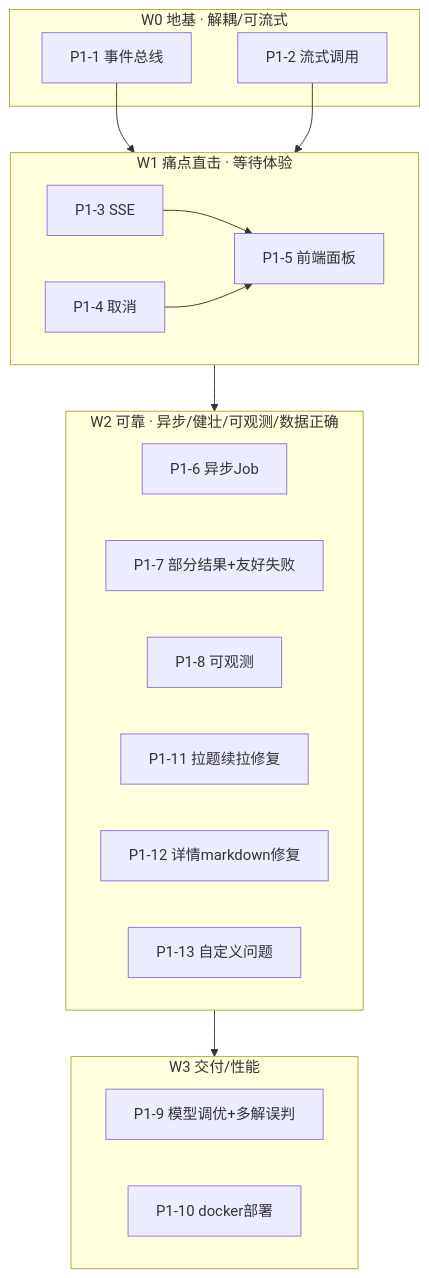
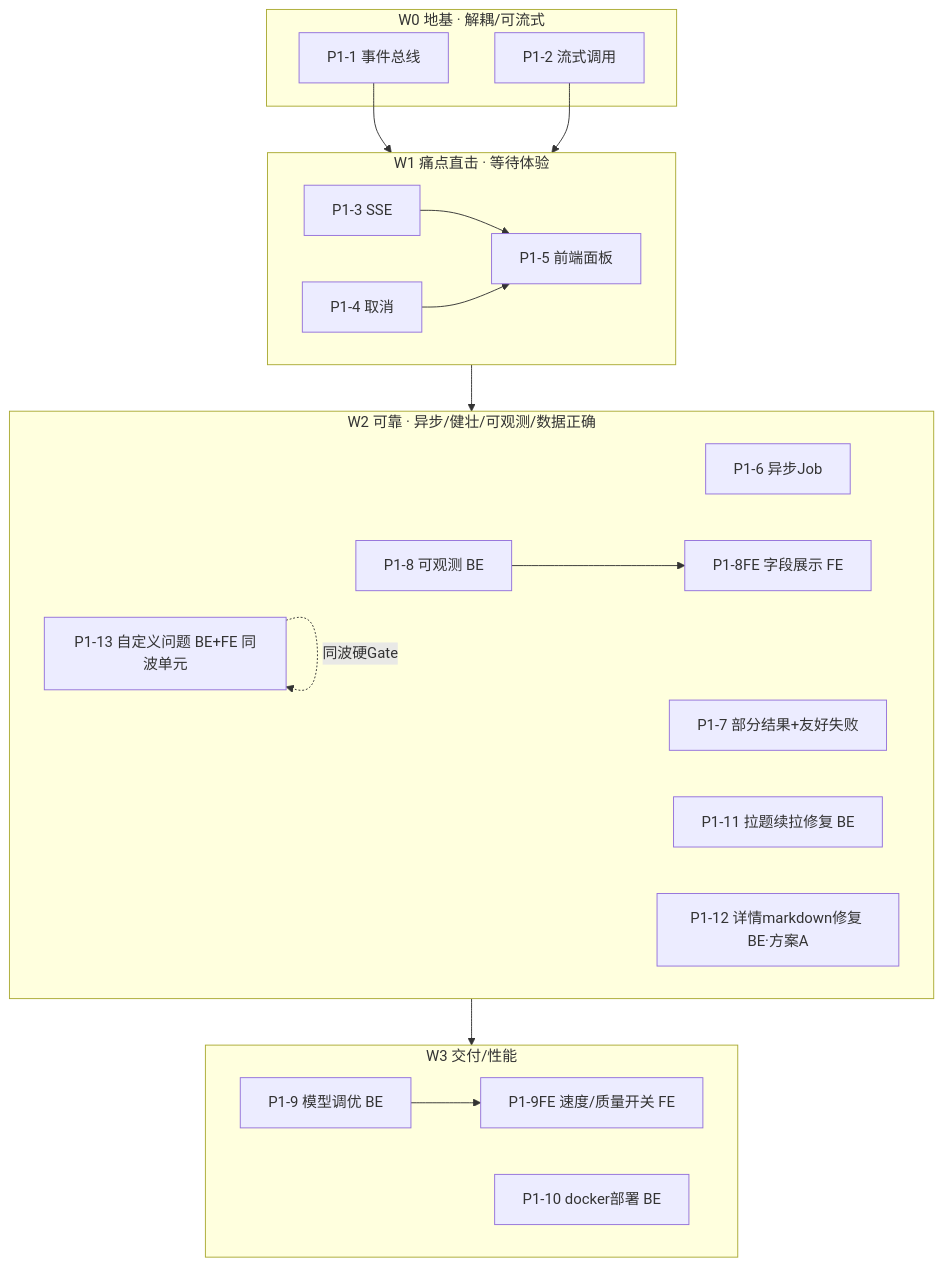
One commit to liuiuge/code-engine changed the diagram in specs/PHASE1_PLAN.md. Above: the diagram before and after it, drawn with Mermaid. The commit also changed other lines of this file, not shown here.

````diff
--- a/specs/PHASE1_PLAN.md
+++ b/specs/PHASE1_PLAN.md
@@ -188,30 +216,35 @@
 ```mermaid
 flowchart TD
     subgraph W0[W0 地基 · 解耦/可流式]
         P11[P1-1 事件总线]
         P12[P1-2 流式调用]
     end
     subgraph W1[W1 痛点直击 · 等待体验]
         P13[P1-3 SSE]
         P14[P1-4 取消]
         P15[P1-5 前端面板]
     end
     subgraph W2[W2 可靠 · 异步/健壮/可观测/数据正确]
         P16[P1-6 异步Job]
         P17[P1-7 部分结果+友好失败]
-        P18[P1-8 可观测]
-        P111[P1-11 拉题续拉修复]
-        P112[P1-12 详情markdown修复]
-        P113[P1-13 自定义问题]
+        P18[P1-8 可观测 BE]
+        P18FE[P1-8FE 字段展示 FE]
+        P111[P1-11 拉题续拉修复 BE]
+        P112[P1-12 详情markdown修复 BE·方案A]
+        P113[P1-13 自定义问题 BE+FE 同波单元]
     end
     subgraph W3[W3 交付/性能]
-        P19[P1-9 模型调优+多解误判]
-        P110[P1-10 docker部署]
+        P19[P1-9 模型调优 BE]
+        P19FE[P1-9FE 速度/质量开关 FE]
+        P110[P1-10 docker部署 BE]
     end
     P11 --> W1
     P12 --> W1
     P13 --> P15
     P14 --> P15
+    P18 --> P18FE
+    P19 --> P19FE
+    P113 -.同波硬Gate.-> P113
     W1 --> W2
     W2 --> W3
 ```
````
